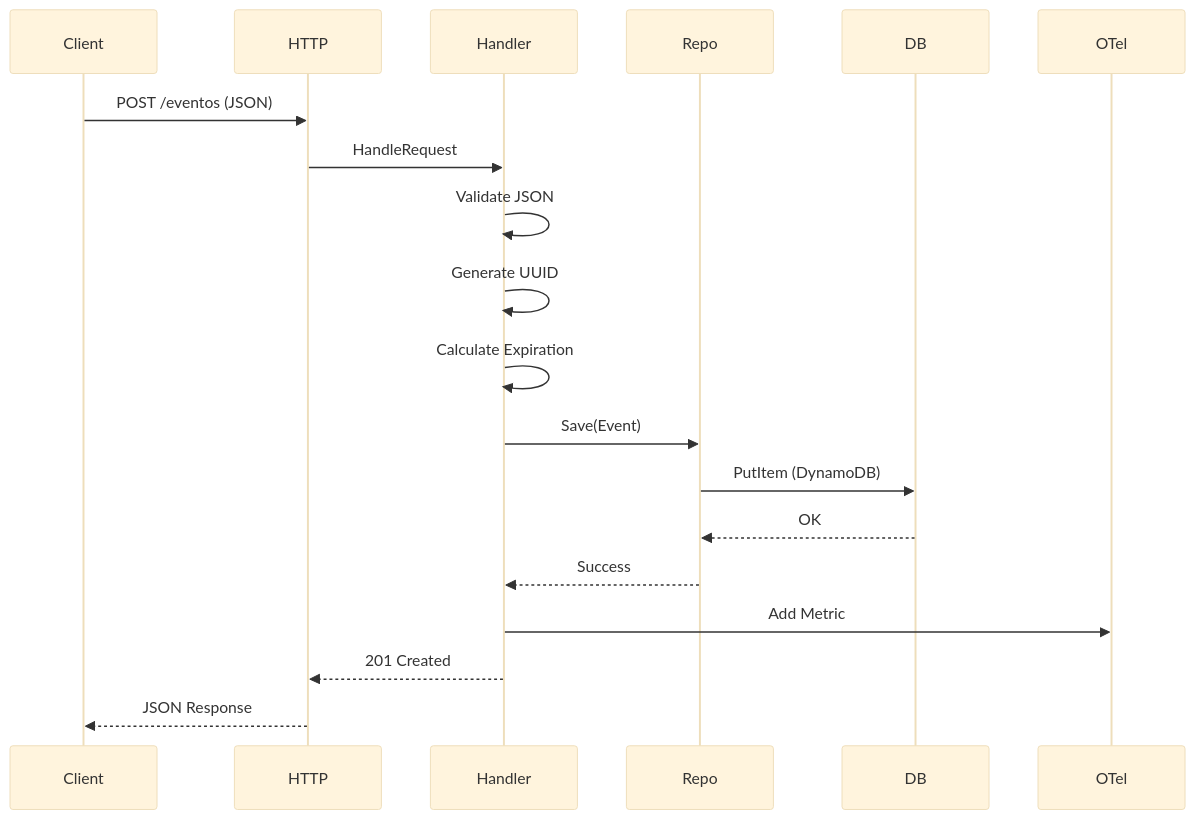
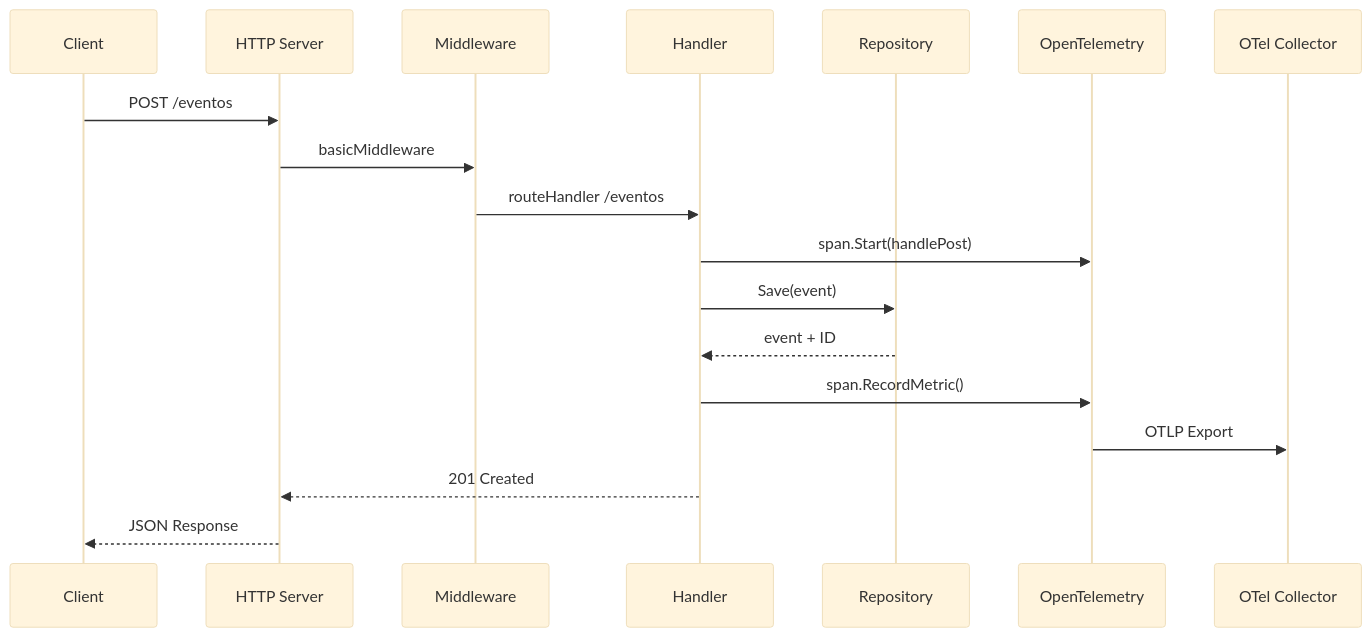
One commit to flcamillo/dynamodb-api changed the second of 3 diagrams in README.md. Above: the diagram before and after it, drawn with Mermaid (base theme). The commit also changed other lines of this file and 25 other files, not shown here.

````diff
--- a/README.md
+++ b/README.md
@@ -874,15 +79,21 @@
 ```mermaid
 sequenceDiagram
-    Client->>HTTP: POST /eventos (JSON)
-    HTTP->>Handler: HandleRequest
-    Handler->>Handler: Validate JSON
-    Handler->>Handler: Generate UUID
-    Handler->>Handler: Calculate Expiration
-    Handler->>Repo: Save(Event)
-    Repo->>DB: PutItem (DynamoDB)
-    DB-->>Repo: OK
-    Repo-->>Handler: Success
-    Handler->>OTel: Add Metric
-    Handler-->>HTTP: 201 Created
-    HTTP-->>Client: JSON Response
+    participant Client
+    participant HTTPServer as HTTP Server
+    participant Middleware as Middleware
+    participant Handler as Handler
+    participant Repository
+    participant OTel as OpenTelemetry
+    participant Collector as OTel Collector
+    
+    Client->>HTTPServer: POST /eventos
+    HTTPServer->>Middleware: basicMiddleware
+    Middleware->>Handler: routeHandler /eventos
+    Handler->>OTel: span.Start(handlePost)
+    Handler->>Repository: Save(event)
+    Repository-->>Handler: event + ID
+    Handler->>OTel: span.RecordMetric()
+    OTel->>Collector: OTLP Export
+    Handler-->>HTTPServer: 201 Created
+    HTTPServer-->>Client: JSON Response
 ```
````
